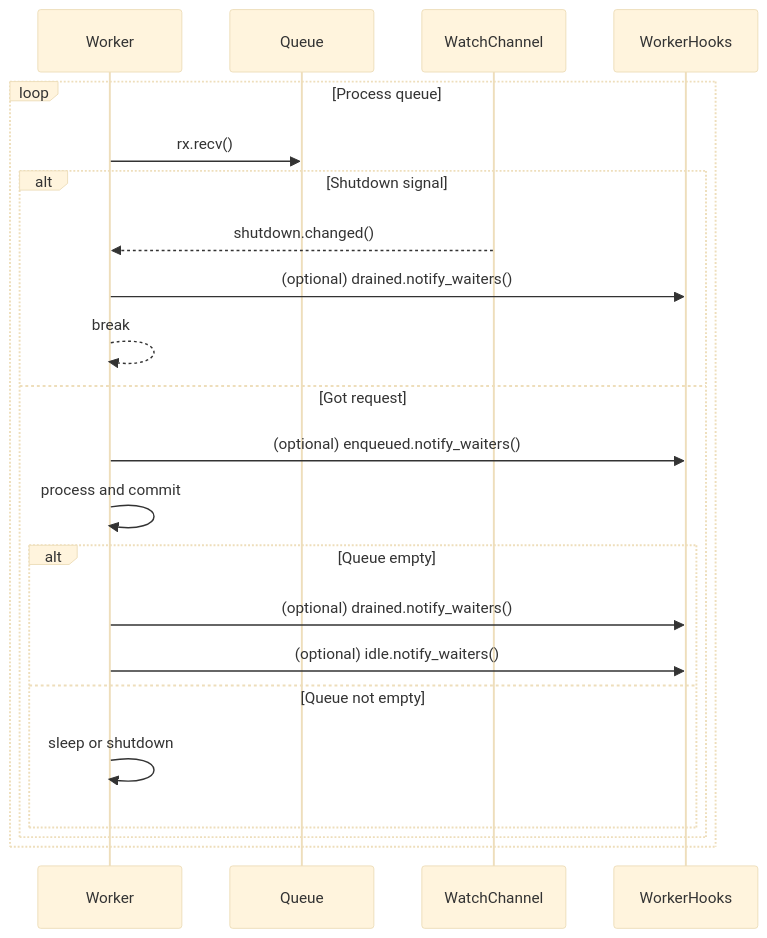
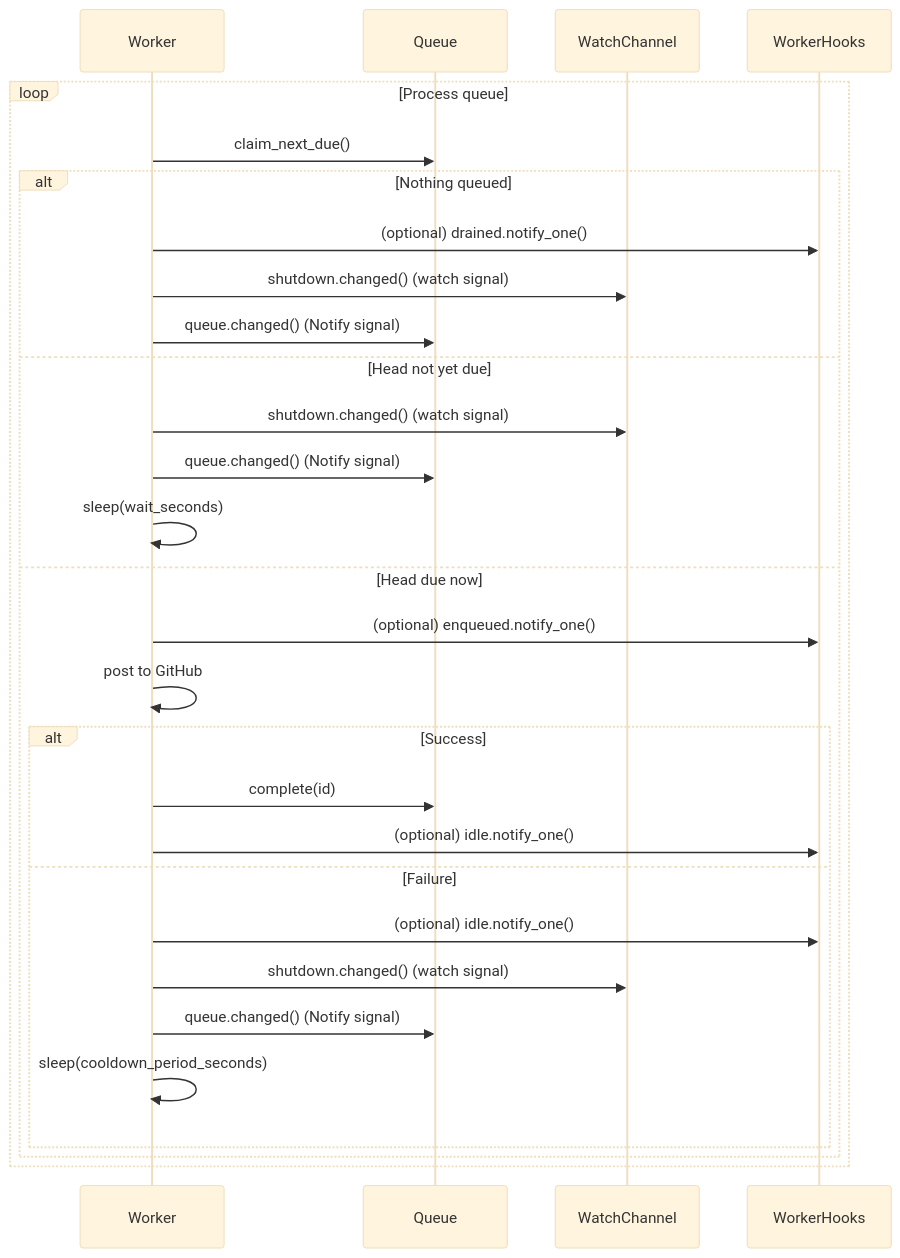
The third of 3 diagrams in docs/comenq-design.md (leynos/comenq), drawn with Mermaid (base theme) before and after one commit. The commit also changed other lines of this file and 70 other files, not shown here.

````diff
--- a/docs/comenq-design.md
+++ b/docs/comenq-design.md
@@ -851,24 +1173,31 @@
 ```mermaid
 sequenceDiagram
     participant Worker
     participant Queue
     participant WatchChannel
     participant WorkerHooks
     loop Process queue
-        Worker->>Queue: rx.recv()
-        alt Shutdown signal
-            WatchChannel-->>Worker: shutdown.changed()
-            Worker->>WorkerHooks: (optional) drained.notify_waiters()
-            Worker-->>Worker: break
-        else Got request
-            Worker->>WorkerHooks: (optional) enqueued.notify_waiters()
-            Worker->>Worker: process and commit
-            alt Queue empty
-                Worker->>WorkerHooks: (optional) drained.notify_waiters()
-                Worker->>WorkerHooks: (optional) idle.notify_waiters()
-            else Queue not empty
-                Worker->>Worker: sleep or shutdown
+        Worker->>Queue: claim_next_due()
+        alt Nothing queued
+            Worker->>WorkerHooks: (optional) drained.notify_one()
+            Worker->>WatchChannel: shutdown.changed() (watch signal)
+            Worker->>Queue: queue.changed() (Notify signal)
+        else Head not yet due
+            Worker->>WatchChannel: shutdown.changed() (watch signal)
+            Worker->>Queue: queue.changed() (Notify signal)
+            Worker->>Worker: sleep(wait_seconds)
+        else Head due now
+            Worker->>WorkerHooks: (optional) enqueued.notify_one()
+            Worker->>Worker: post to GitHub
+            alt Success
+                Worker->>Queue: complete(id)
+                Worker->>WorkerHooks: (optional) idle.notify_one()
+            else Failure
+                Worker->>WorkerHooks: (optional) idle.notify_one()
+                Worker->>WatchChannel: shutdown.changed() (watch signal)
+                Worker->>Queue: queue.changed() (Notify signal)
+                Worker->>Worker: sleep(cooldown_period_seconds)
             end
         end
     end
 ```
````
